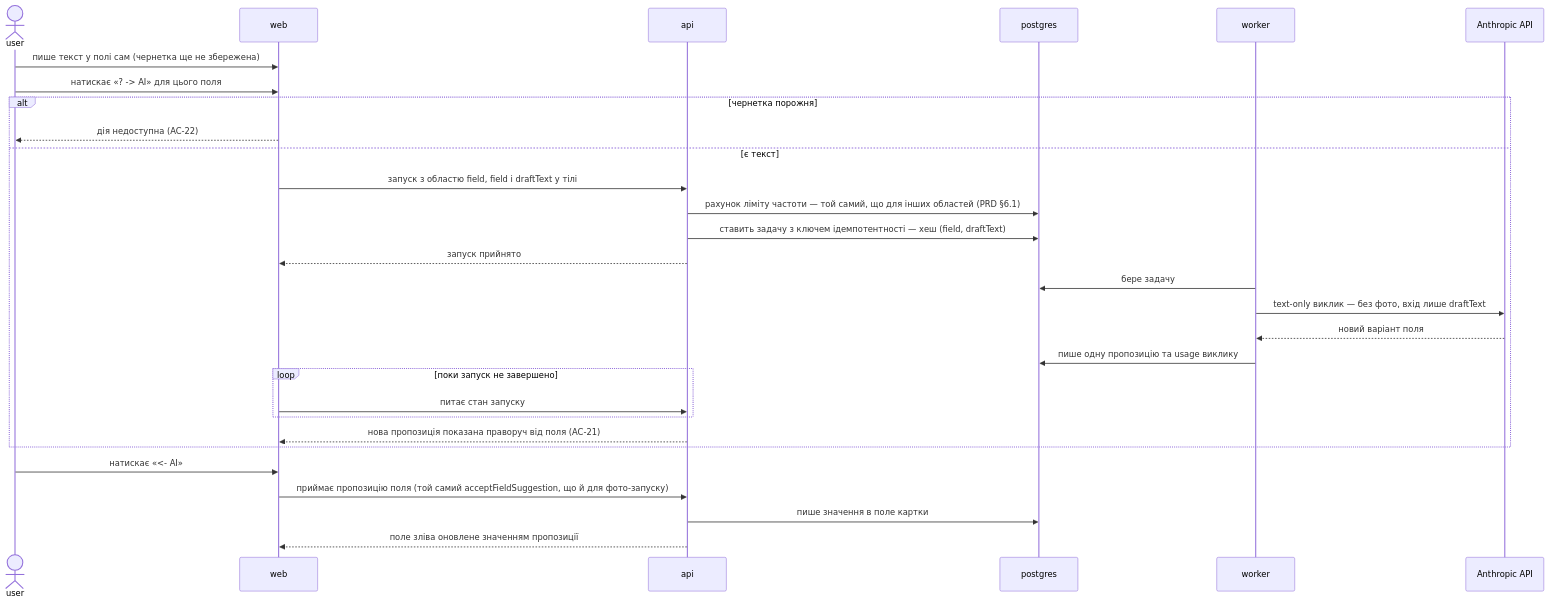
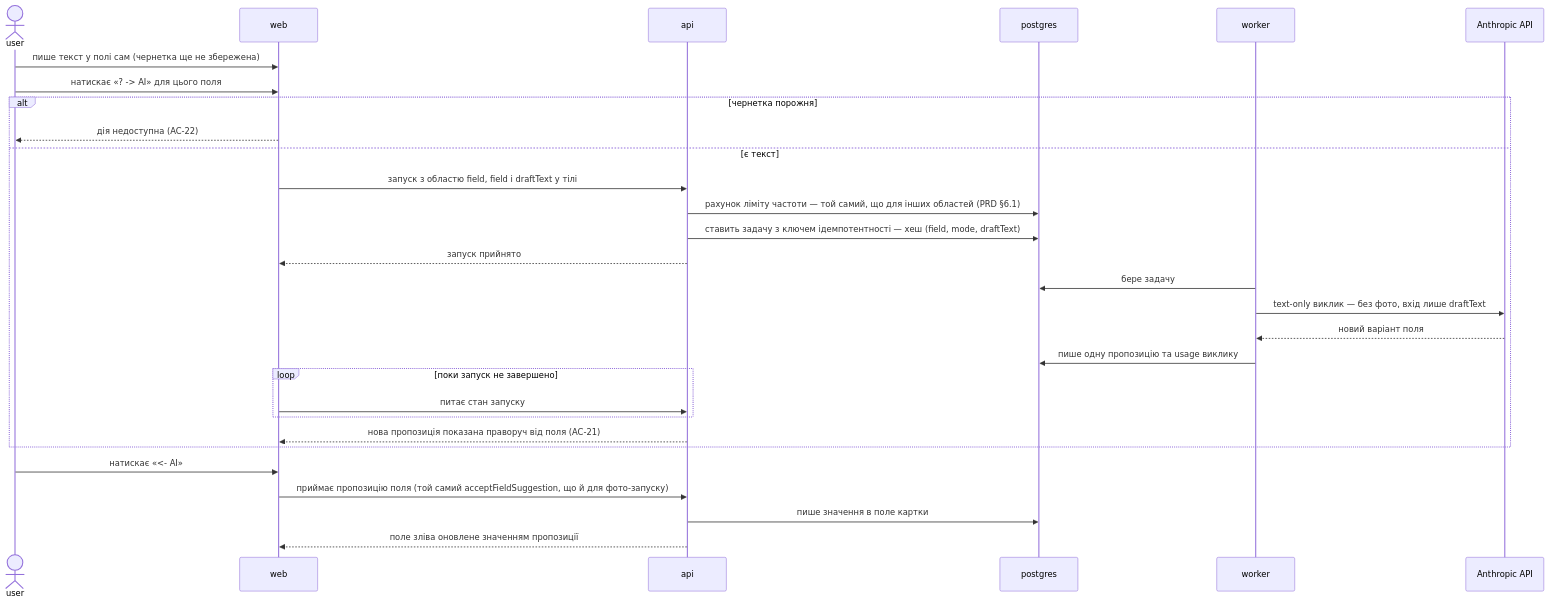
Before and after one commit to sergy-litkovskiy/mouse-springconsult: diagram 12 of 12 in docs/features/product-creation-flow/sad.md, drawn with Mermaid. The commit also changed other lines of this file and 11 other files, not shown here.

````diff
--- a/docs/features/product-creation-flow/sad.md
+++ b/docs/features/product-creation-flow/sad.md
@@ -765,32 +772,32 @@
 ```mermaid
 sequenceDiagram
     actor user
     participant web
     participant api
     participant pg as postgres
     participant worker
     participant anthropic as Anthropic API
 
     user->>web: пише текст у полі сам (чернетка ще не збережена)
     user->>web: натискає «? -> AI» для цього поля
     alt чернетка порожня
         web-->>user: дія недоступна (AC-22)
     else є текст
         web->>api: запуск з областю field, field і draftText у тілі
         api->>pg: рахунок ліміту частоти — той самий, що для інших областей (PRD §6.1)
-        api->>pg: ставить задачу з ключем ідемпотентності — хеш (field, draftText)
+        api->>pg: ставить задачу з ключем ідемпотентності — хеш (field, mode, draftText)
         api-->>web: запуск прийнято
         worker->>pg: бере задачу
         worker->>anthropic: text-only виклик — без фото, вхід лише draftText
         anthropic-->>worker: новий варіант поля
         worker->>pg: пише одну пропозицію та usage виклику
         loop поки запуск не завершено
             web->>api: питає стан запуску
         end
         api-->>web: нова пропозиція показана праворуч від поля (AC-21)
     end
     user->>web: натискає «<- AI»
     web->>api: приймає пропозицію поля (той самий acceptFieldSuggestion, що й для фото-запуску)
     api->>pg: пише значення в поле картки
     api-->>web: поле зліва оновлене значенням пропозиції
 ```
````
